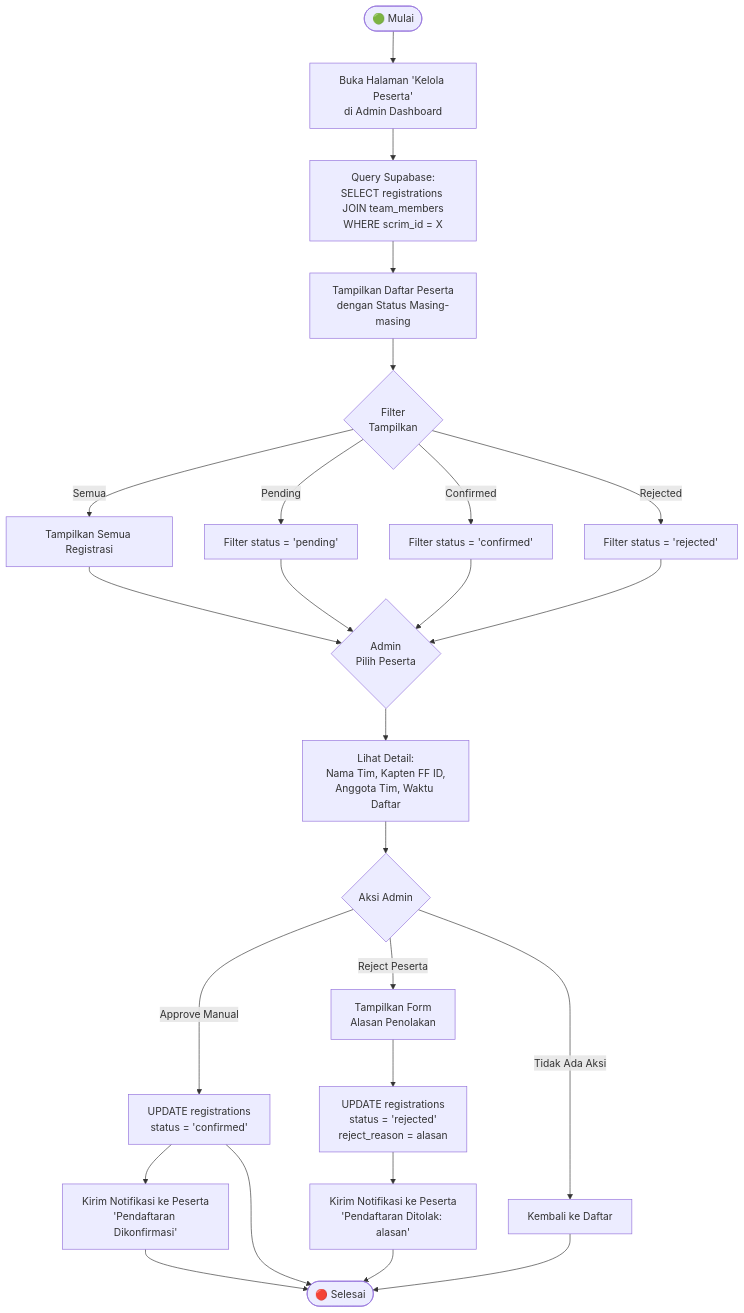
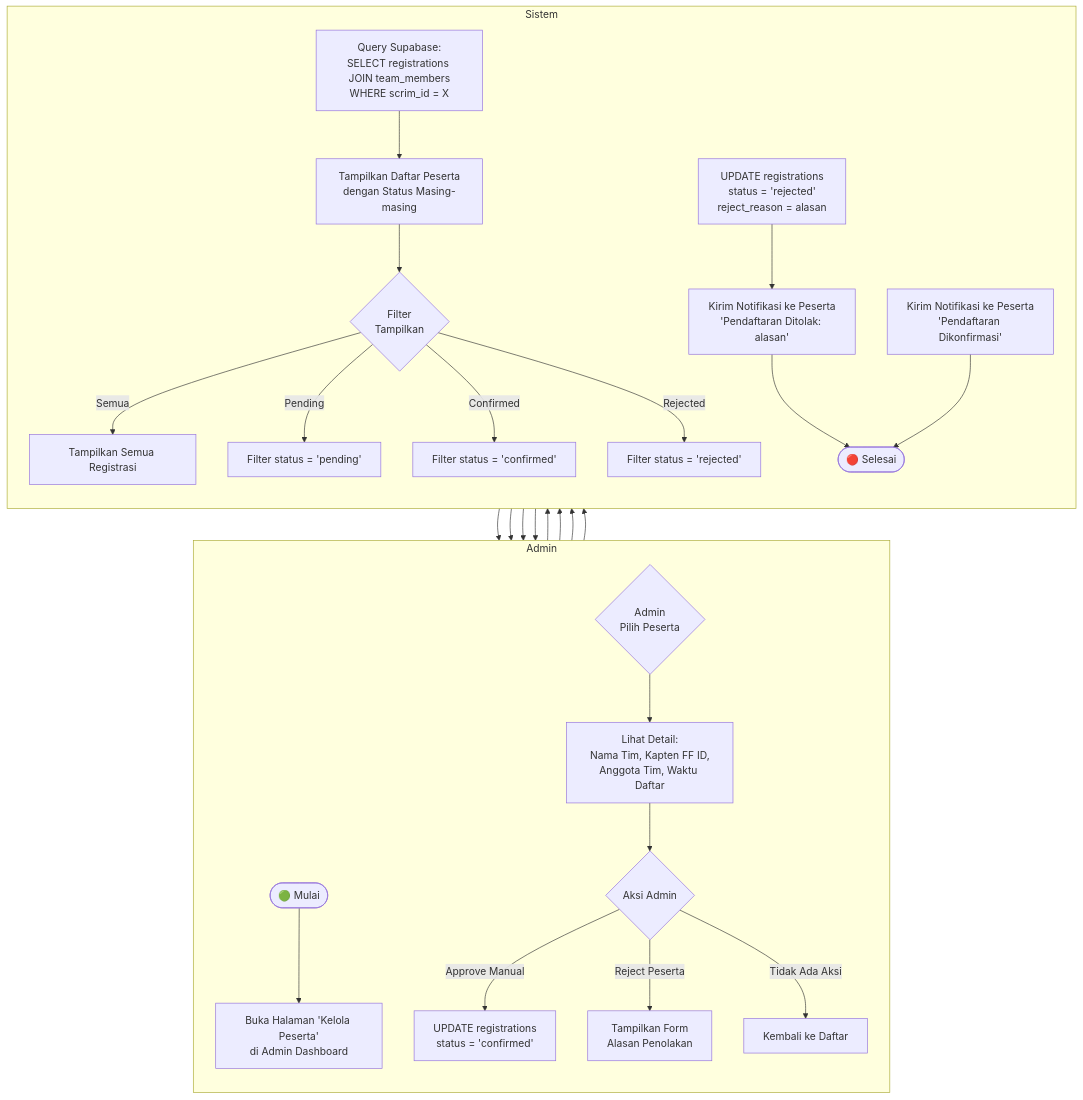
One commit to yosima050/booyahhub changed diagram 16 of 43 in DOKUMENTASI.md. Above: the diagram before and after it, drawn with Mermaid. The commit also changed other lines of this file, not shown here.

Commit message:
docs: rename Platform Owner role to Platform and refactor Mermaid flowcharts in documentation

````diff
--- a/DOKUMENTASI.md
+++ b/DOKUMENTASI.md
@@ -636,21 +732,29 @@
 ```mermaid
 flowchart TD
-    A([🟢 Mulai]) --> B[Buka Halaman 'Kelola Peserta'\ndi Admin Dashboard]
-    B --> C[Query Supabase:\nSELECT registrations JOIN team_members\nWHERE scrim_id = X]
-    C --> D[Tampilkan Daftar Peserta\ndengan Status Masing-masing]
-    D --> E{Filter\nTampilkan}
-    E -->|Semua| F[Tampilkan Semua Registrasi]
-    E -->|Pending| G[Filter status = 'pending']
-    E -->|Confirmed| H[Filter status = 'confirmed']
-    E -->|Rejected| I[Filter status = 'rejected']
-    F & G & H & I --> J{Admin\nPilih Peserta}
-    J --> K[Lihat Detail:\nNama Tim, Kapten FF ID,\nAnggota Tim, Waktu Daftar]
-    K --> L{Aksi Admin}
-    L -->|Approve Manual| M[UPDATE registrations\nstatus = 'confirmed']
-    L -->|Reject Peserta| N[Tampilkan Form\nAlasan Penolakan]
-    N --> O[UPDATE registrations\nstatus = 'rejected'\nreject_reason = alasan]
-    O --> P[Kirim Notifikasi ke Peserta\n'Pendaftaran Ditolak: alasan']
-    M --> Q[Kirim Notifikasi ke Peserta\n'Pendaftaran Dikonfirmasi']
-    L -->|Tidak Ada Aksi| R[Kembali ke Daftar]
-    M & P & Q & R --> S([🔴 Selesai])
+    subgraph Admin
+        direction TB
+        A([🟢 Mulai]) --> B[Buka Halaman 'Kelola Peserta'<br/>di Admin Dashboard]
+        J{Admin<br/>Pilih Peserta} --> K
+        L{Aksi Admin} -->|Approve Manual| M
+        L -->|Reject Peserta| N[Tampilkan Form<br/>Alasan Penolakan]
+        L -->|Tidak Ada Aksi| R
+    end
+
+    subgraph Sistem
+        direction TB
+        B --> C[Query Supabase:<br/>SELECT registrations JOIN team_members<br/>WHERE scrim_id = X]
+        C --> D[Tampilkan Daftar Peserta<br/>dengan Status Masing-masing]
+        D --> E{Filter<br/>Tampilkan}
+        E -->|Semua| F[Tampilkan Semua Registrasi]
+        E -->|Pending| G[Filter status = 'pending']
+        E -->|Confirmed| H[Filter status = 'confirmed']
+        E -->|Rejected| I[Filter status = 'rejected']
+        F & G & H & I --> J
+        K[Lihat Detail:<br/>Nama Tim, Kapten FF ID,<br/>Anggota Tim, Waktu Daftar] --> L
+        M[UPDATE registrations<br/>status = 'confirmed'] --> Q[Kirim Notifikasi ke Peserta<br/>'Pendaftaran Dikonfirmasi']
+        N --> O[UPDATE registrations<br/>status = 'rejected'<br/>reject_reason = alasan]
+        O --> P[Kirim Notifikasi ke Peserta<br/>'Pendaftaran Ditolak: alasan']
+        R[Kembali ke Daftar] --> S([🔴 Selesai])
+        P & Q --> S
+    end
 ```
````
